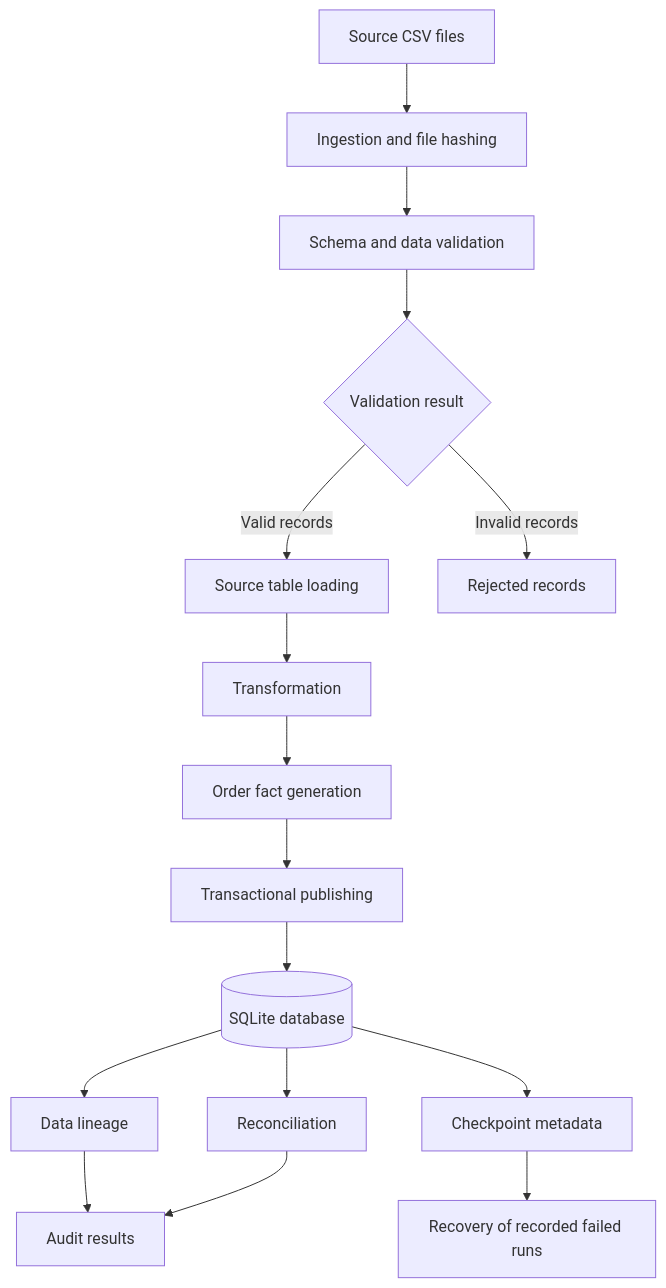
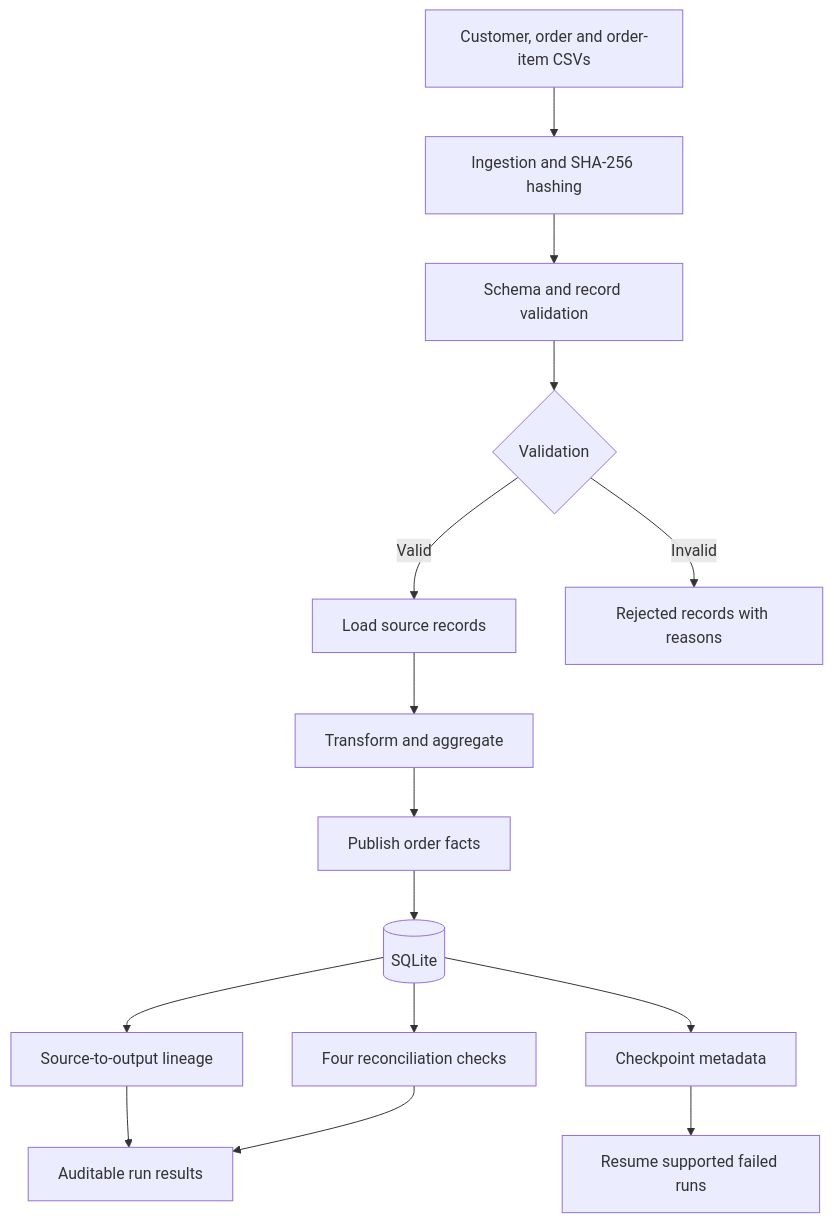
One commit to Deva0703/DataFlow-Audit changed the diagram in README.md. Above: the diagram before and after it, drawn with Mermaid. The commit also changed other lines of this file, not shown here.

````diff
--- a/README.md
+++ b/README.md
@@ -47,18 +92,17 @@
 ``` mermaid
 flowchart TD
-    A[Source CSV files] --> B[Ingestion and file hashing]
-    B --> C[Schema and data validation]
-    C --> D{Validation result}
-    D -->|Valid records| E[Source table loading]
-    D -->|Invalid records| F[Rejected records]
-    E --> G[Transformation]
-    G --> H[Order fact generation]
-    H --> I[Transactional publishing]
-    I --> J[(SQLite database)]
-    J --> K[Data lineage]
-    J --> L[Reconciliation]
-    J --> M[Checkpoint metadata]
-    K --> N[Audit results]
-    L --> N
-    M --> O[Recovery of recorded failed runs]
+    A["Customer, order and order-item CSVs"] --> B["Ingestion and SHA-256 hashing"]
+    B --> C["Schema and record validation"]
+    C --> D{"Validation"}
+    D -->|"Valid"| E["Load source records"]
+    D -->|"Invalid"| F["Rejected records with reasons"]
+    E --> G["Transform and aggregate"]
+    G --> H["Publish order facts"]
+    H --> I[("SQLite")]
+    I --> J["Source-to-output lineage"]
+    I --> K["Four reconciliation checks"]
+    I --> L["Checkpoint metadata"]
+    J --> M["Auditable run results"]
+    K --> M
+    L --> N["Resume supported failed runs"]
 ```
````
